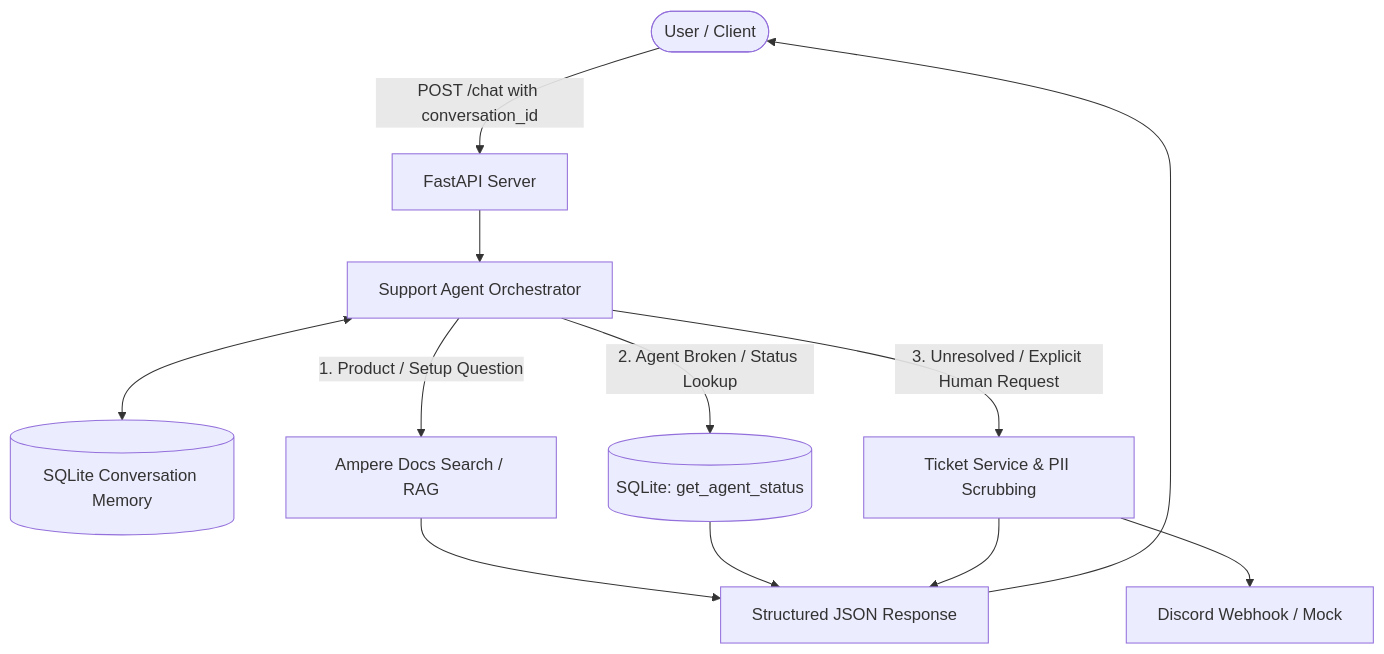
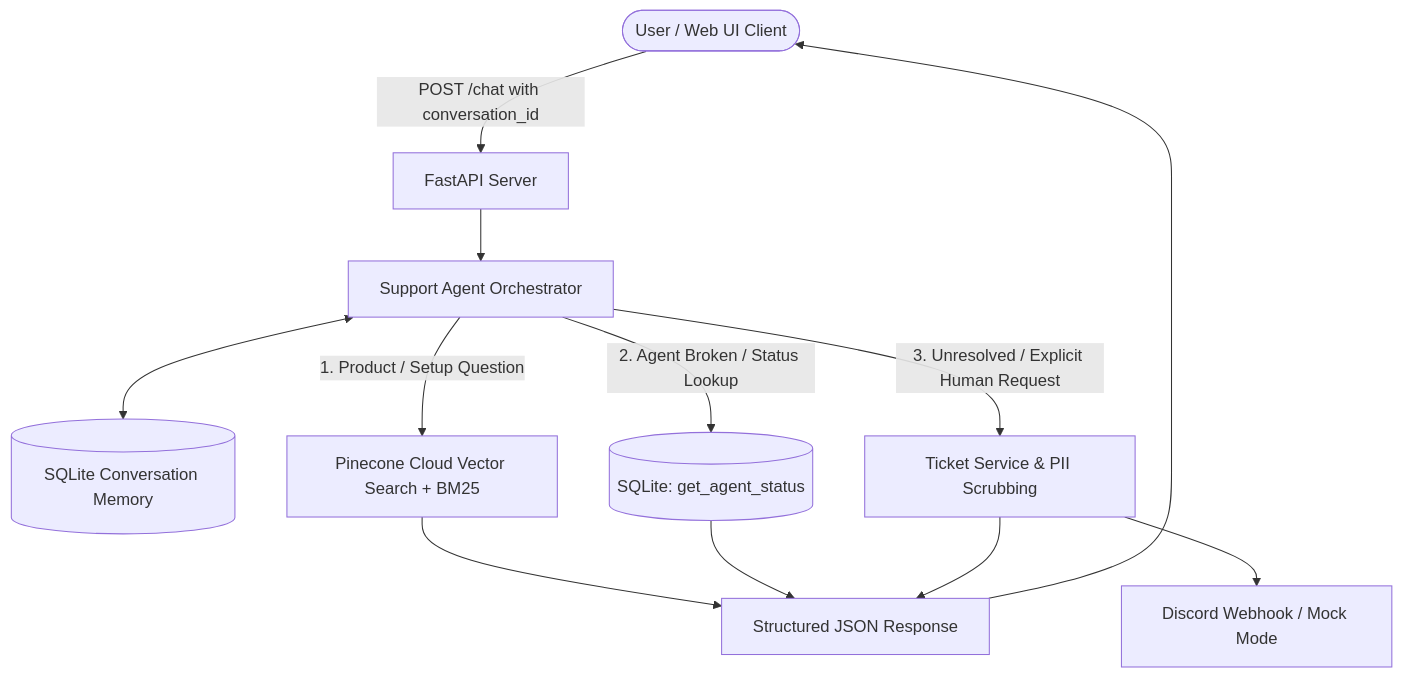
The diagram in README.md (VinitHa44/ai_support_agent), drawn with Mermaid before and after one commit. The commit also changed other lines of this file, not shown here.

Commit message:
docs: update README with Pinecone RAG, 31 test suites, and multi-turn email memory architecture

````diff
--- a/README.md
+++ b/README.md
@@ -11,16 +11,16 @@
 ```mermaid
 flowchart TD
-    User([User / Client]) -->|POST /chat with conversation_id| API[FastAPI Server]
+    User([User / Web UI Client]) -->|POST /chat with conversation_id| API[FastAPI Server]
     API --> Agent[Support Agent Orchestrator]
     Agent <--> Memory[(SQLite Conversation Memory)]
     
-    Agent -->|1. Product / Setup Question| RAG[Ampere Docs Search / RAG]
+    Agent -->|1. Product / Setup Question| RAG[Pinecone Cloud Vector Search + BM25]
     Agent -->|2. Agent Broken / Status Lookup| DB[(SQLite: get_agent_status)]
     Agent -->|3. Unresolved / Explicit Human Request| Escalation[Ticket Service & PII Scrubbing]
-    Escalation --> Discord[Discord Webhook / Mock]
+    Escalation --> Discord[Discord Webhook / Mock Mode]
 
     RAG --> Response[Structured JSON Response]
     DB --> Response
     Escalation --> Response
     Response --> User
 ```
````
